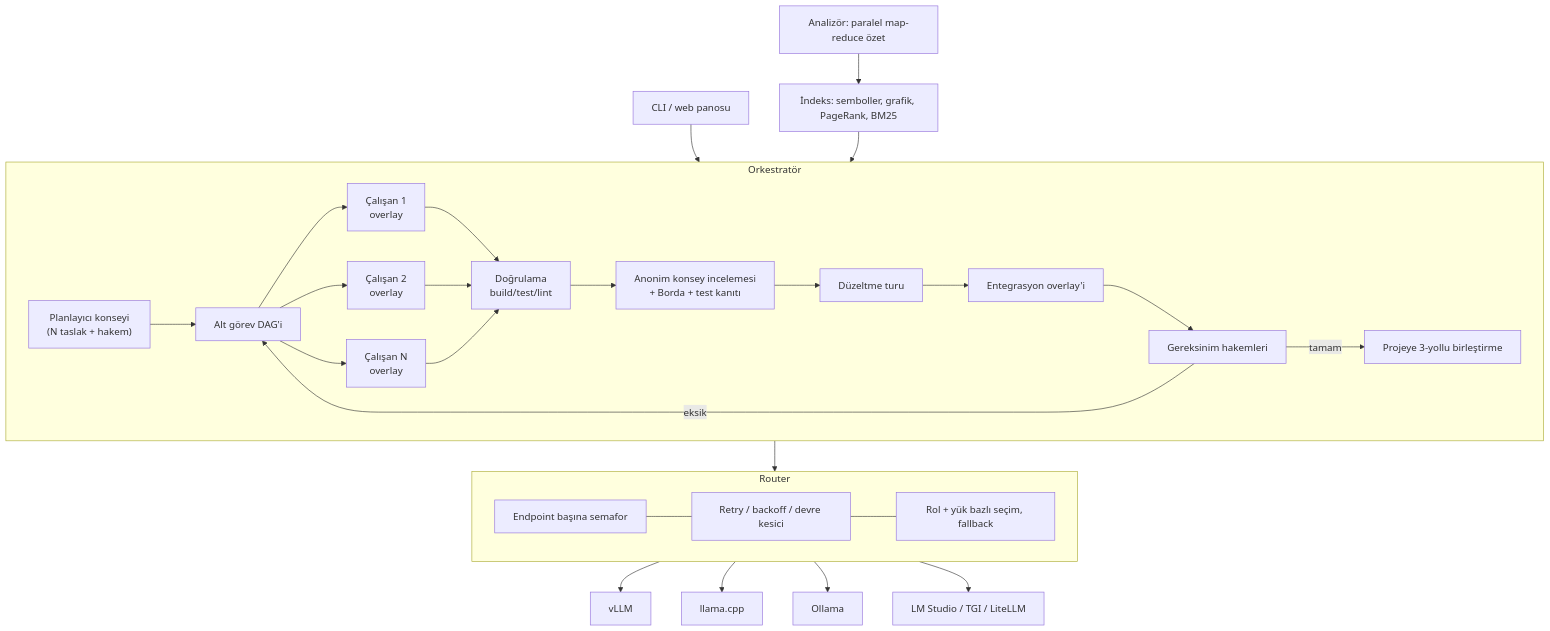
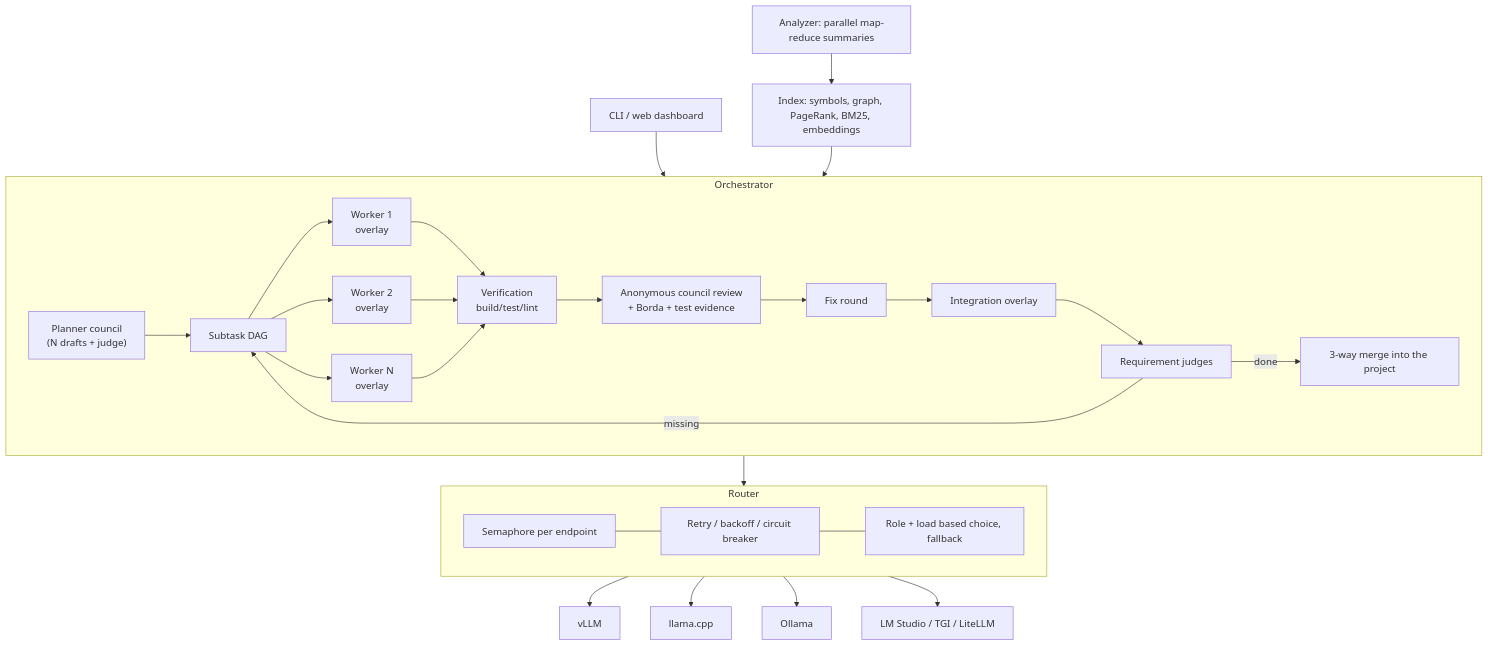
One commit to ozknScalebor/kurultay changed the diagram in README.md. Above: the diagram before and after it, drawn with Mermaid. The commit also changed other lines of this file and 22 other files, not shown here.

````diff
--- a/README.md
+++ b/README.md
@@ -44,23 +46,23 @@
 ```mermaid
 flowchart TB
-  CLI["CLI / web panosu"] --> ORCH
-  subgraph ORCH[Orkestratör]
-    P["Planlayıcı konseyi<br/>(N taslak + hakem)"] --> DAG["Alt görev DAG'i"]
-    DAG --> W1["Çalışan 1<br/>overlay"]
-    DAG --> W2["Çalışan 2<br/>overlay"]
-    DAG --> W3["Çalışan N<br/>overlay"]
-    W1 & W2 & W3 --> V["Doğrulama<br/>build/test/lint"]
-    V --> C["Anonim konsey incelemesi<br/>+ Borda + test kanıtı"]
-    C --> FIX["Düzeltme turu"] --> INT["Entegrasyon overlay'i"]
-    INT --> REQ["Gereksinim hakemleri"]
-    REQ -- eksik --> DAG
-    REQ -- tamam --> MERGE["Projeye 3-yollu birleştirme"]
+  CLI["CLI / web dashboard"] --> ORCH
+  subgraph ORCH[Orchestrator]
+    P["Planner council<br/>(N drafts + judge)"] --> DAG["Subtask DAG"]
+    DAG --> W1["Worker 1<br/>overlay"]
+    DAG --> W2["Worker 2<br/>overlay"]
+    DAG --> W3["Worker N<br/>overlay"]
+    W1 & W2 & W3 --> V["Verification<br/>build/test/lint"]
+    V --> C["Anonymous council review<br/>+ Borda + test evidence"]
+    C --> FIX["Fix round"] --> INT["Integration overlay"]
+    INT --> REQ["Requirement judges"]
+    REQ -- missing --> DAG
+    REQ -- done --> MERGE["3-way merge into the project"]
   end
   ORCH --> R
   subgraph R[Router]
-    S["Endpoint başına semafor"] --- CB["Retry / backoff / devre kesici"] --- FB["Rol + yük bazlı seçim, fallback"]
+    S["Semaphore per endpoint"] --- CB["Retry / backoff / circuit breaker"] --- FB["Role + load based choice, fallback"]
   end
   R --> E1["vLLM"] & E2["llama.cpp"] & E3["Ollama"] & E4["LM Studio / TGI / LiteLLM"]
-  IDX["İndeks: semboller, grafik, PageRank, BM25"] --> ORCH
-  AN["Analizör: paralel map-reduce özet"] --> IDX
+  IDX["Index: symbols, graph, PageRank, BM25, embeddings"] --> ORCH
+  AN["Analyzer: parallel map-reduce summaries"] --> IDX
 ```
````
